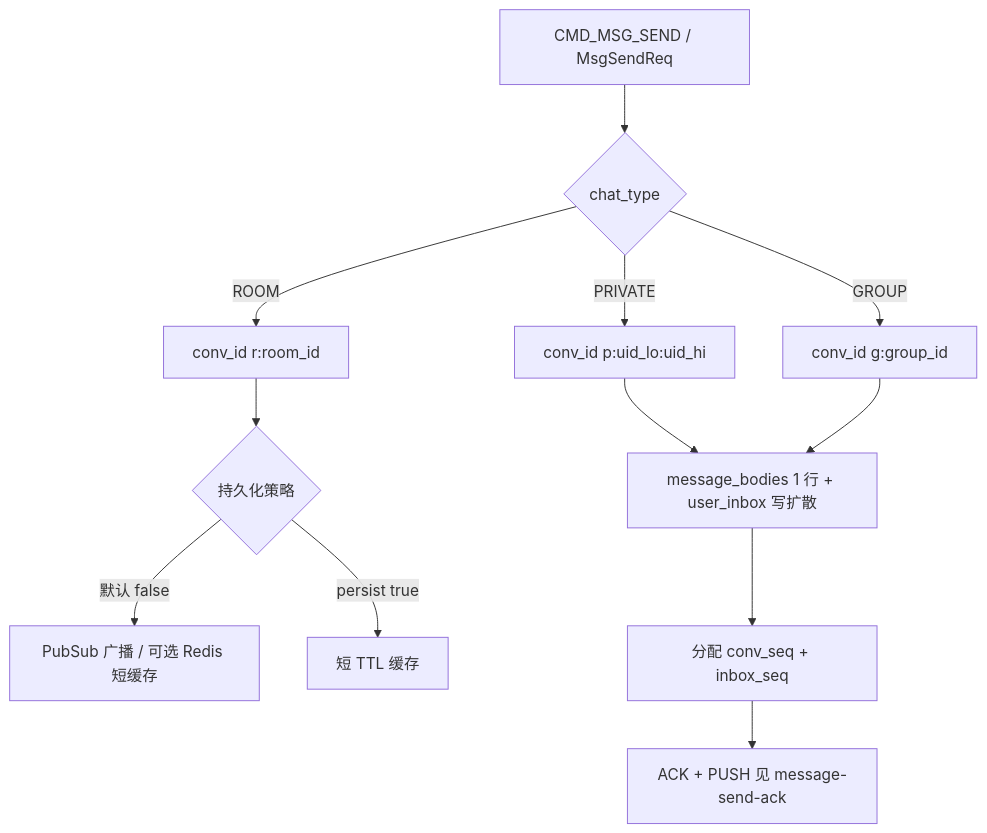
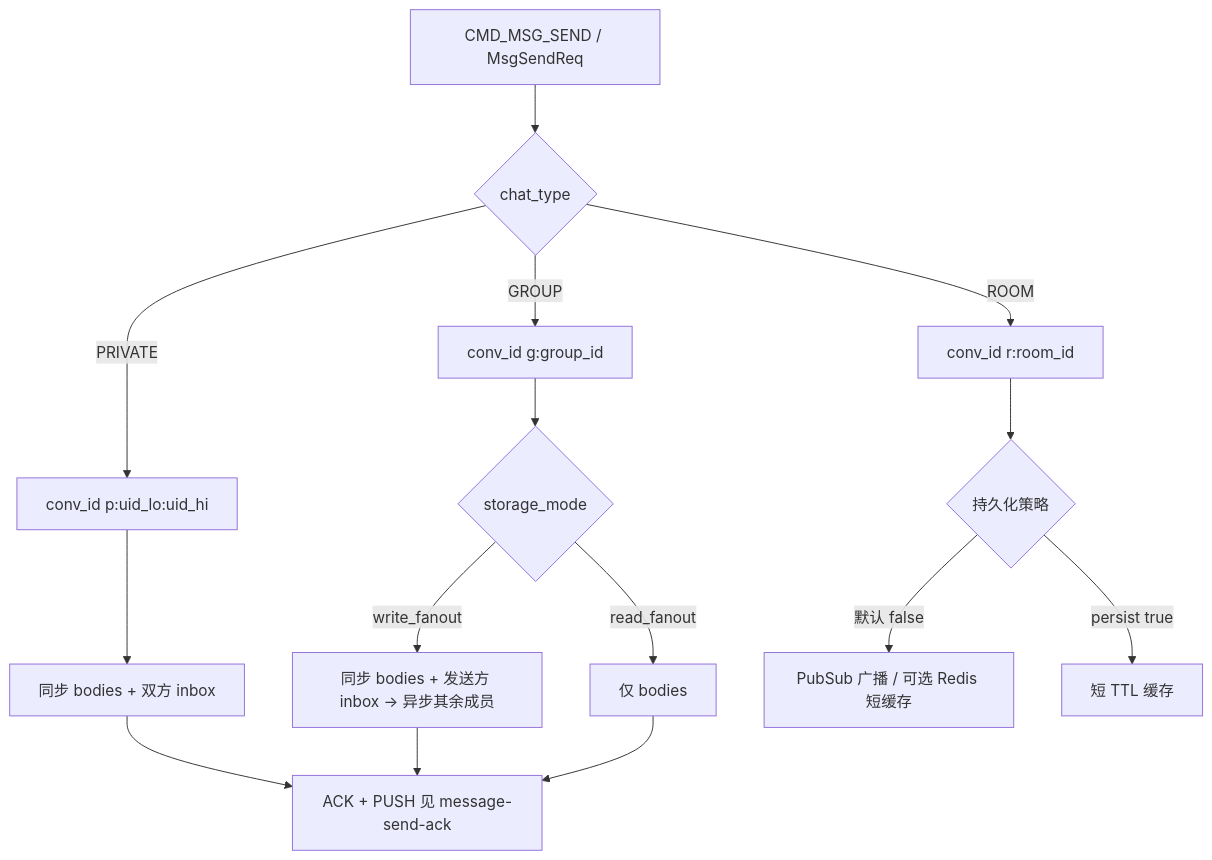
Before and after one commit to memacs/im: the first of 2 diagrams in docs/design/message-model.md, drawn with Mermaid. The commit also changed other lines of this file and 617 other files, not shown here.

````diff
--- a/docs/design/message-model.md
+++ b/docs/design/message-model.md
@@ -42,14 +42,17 @@
 ```mermaid
 flowchart TD
   A[CMD_MSG_SEND / MsgSendReq] --> B{chat_type}
   B -->|PRIVATE| C[conv_id p:uid_lo:uid_hi]
   B -->|GROUP| D[conv_id g:group_id]
   B -->|ROOM| E[conv_id r:room_id]
-  C --> G[message_bodies 1 行 + user_inbox 写扩散]
-  D --> G
-  E --> H{持久化策略}
-  H -->|默认 false| I[PubSub 广播 / 可选 Redis 短缓存]
-  H -->|persist true| J[短 TTL 缓存]
-  G --> K[分配 conv_seq + inbox_seq]
-  K --> L[ACK + PUSH 见 message-send-ack]
+  C --> G[同步 bodies + 双方 inbox]
+  D --> H{storage_mode}
+  H -->|write_fanout| I[同步 bodies + 发送方 inbox → 异步其余成员]
+  H -->|read_fanout| J[仅 bodies]
+  E --> K{持久化策略}
+  K -->|默认 false| L[PubSub 广播 / 可选 Redis 短缓存]
+  K -->|persist true| M[短 TTL 缓存]
+  G --> N[ACK + PUSH 见 message-send-ack]
+  I --> N
+  J --> N
 ```
````
